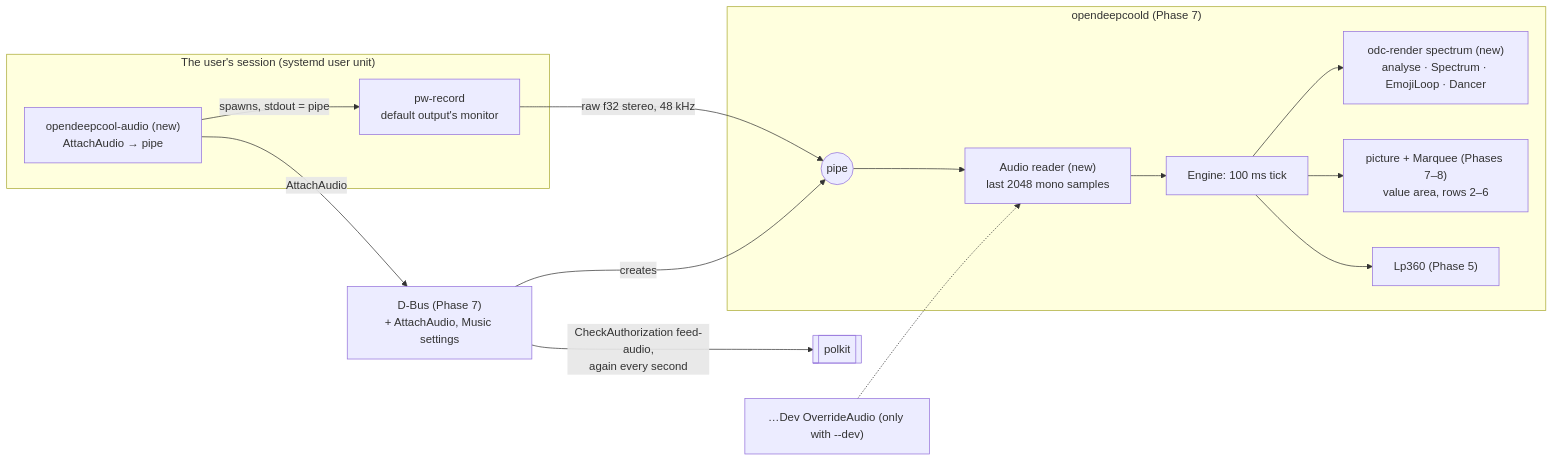
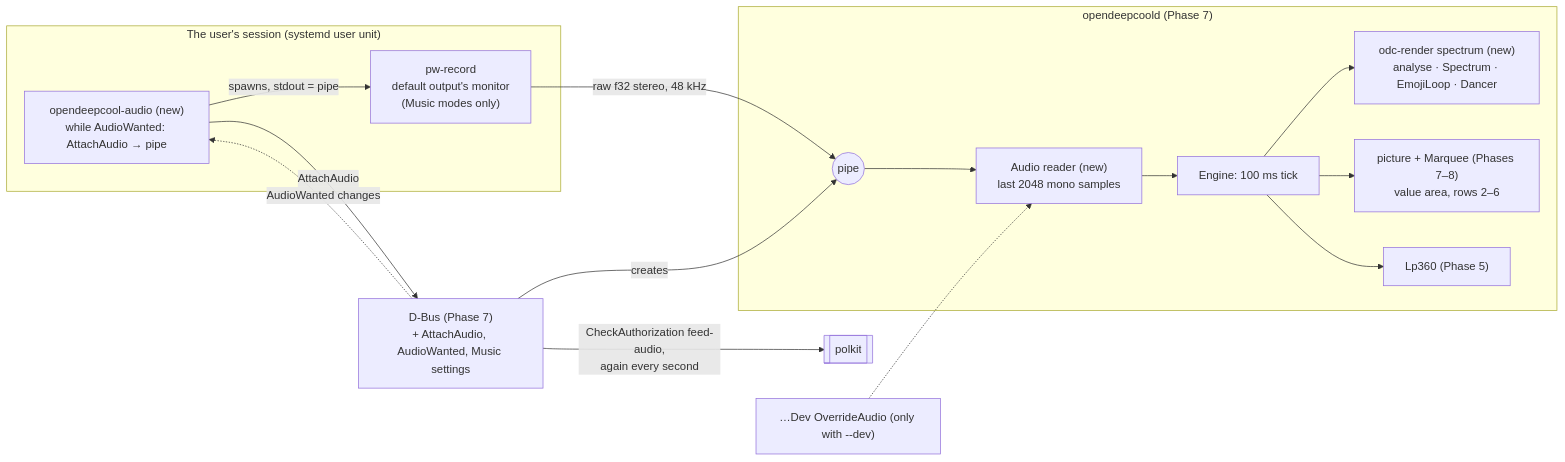
The diagram in docs/prp/plans/phase-9-music.plan.md (dtmarangoni/OpenDeepCool), drawn with Mermaid before and after one commit. The commit also changed other lines of this file and 61 other files, not shown here.

````diff
--- a/docs/prp/plans/phase-9-music.plan.md
+++ b/docs/prp/plans/phase-9-music.plan.md
@@ -161,18 +176,19 @@
 ```mermaid
 flowchart LR
   subgraph session["The user's session (systemd user unit)"]
-    H["opendeepcool-audio (new)<br/>AttachAudio → pipe"] -->|spawns, stdout = pipe| R["pw-record<br/>default output's monitor"]
+    H["opendeepcool-audio (new)<br/>while AudioWanted: AttachAudio → pipe"] -->|spawns, stdout = pipe| R["pw-record<br/>default output's monitor<br/>(Music modes only)"]
   end
   R -->|raw f32 stereo, 48 kHz| PIPE((pipe))
-  H -->|AttachAudio| DB["D-Bus (Phase 7)<br/>+ AttachAudio, Music settings"]
+  H -->|AttachAudio| DB["D-Bus (Phase 7)<br/>+ AttachAudio, AudioWanted, Music settings"]
+  DB -.->|"AudioWanted changes"| H
   DB -->|CheckAuthorization feed-audio,<br/>again every second| PK[[polkit]]
   DB -->|creates| PIPE
   subgraph svc["opendeepcoold (Phase 7)"]
     PIPE --> AR["Audio reader (new)<br/>last 2048 mono samples"]
     AR --> EN["Engine: 100 ms tick"]
     EN --> SP["odc-render spectrum (new)<br/>analyse · Spectrum · EmojiLoop · Dancer"]
     EN --> PI["picture + Marquee (Phases 7–8)<br/>value area, rows 2–6"]
     EN --> LP["Lp360 (Phase 5)"]
   end
   DEV["…Dev OverrideAudio (only with --dev)"] -.-> AR
 ```
````
